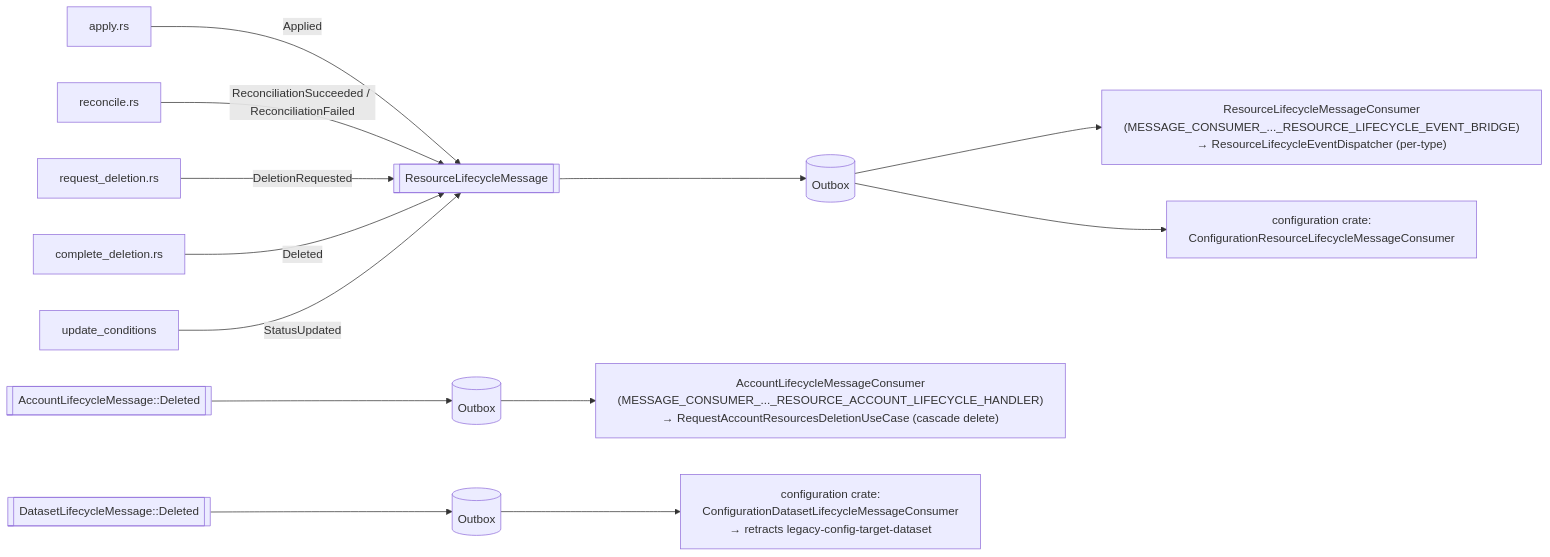
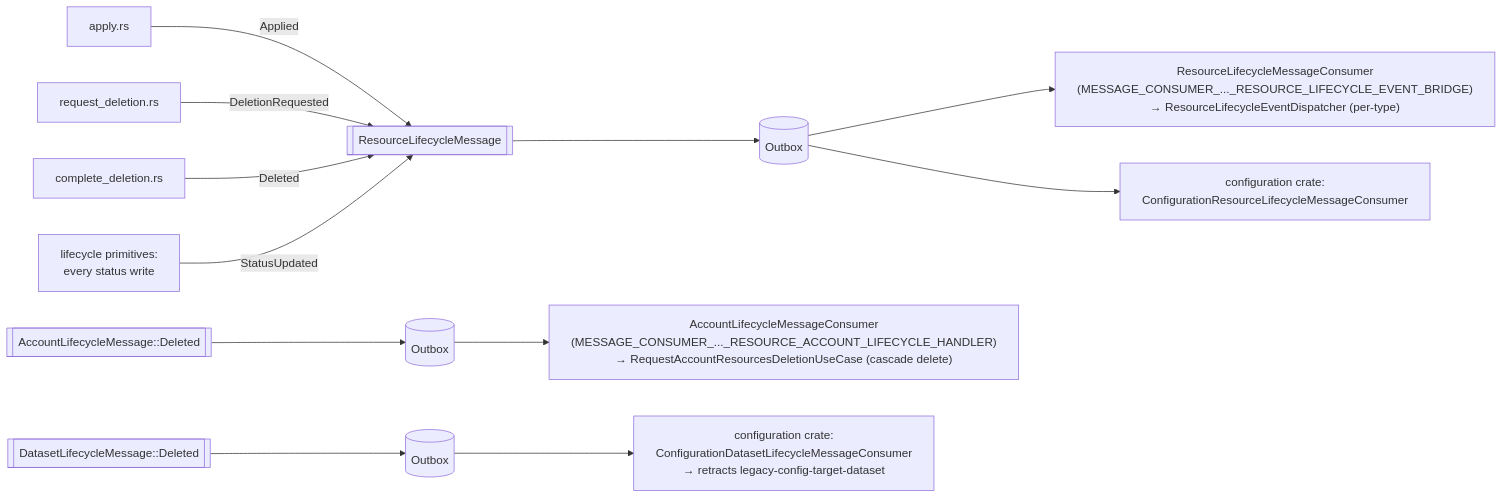
Before and after one commit to kamu-data/kamu-cli: the fifth of 6 diagrams in docs/internal/resources-framework.md, drawn with Mermaid. The commit also changed other lines of this file and 17 other files, not shown here.

Commit message:
Reconciliation outcomes as StatusUpdated messages

````diff
--- a/docs/internal/resources-framework.md
+++ b/docs/internal/resources-framework.md
@@ -1498,19 +1502,18 @@
 ```mermaid
 flowchart LR
     APPLY["apply.rs"] -->|Applied| MSG[["ResourceLifecycleMessage"]]
-    REC["reconcile.rs"] -->|ReconciliationSucceeded / ReconciliationFailed| MSG
     DEL["request_deletion.rs"] -->|DeletionRequested| MSG
     COMP["complete_deletion.rs"] -->|Deleted| MSG
-    PATCH["update_conditions"] -->|StatusUpdated| MSG
+    PRIM["lifecycle primitives:<br/>every status write"] -->|StatusUpdated| MSG
 
     MSG --> OB[("Outbox")]
 
     OB --> BRIDGE["ResourceLifecycleMessageConsumer<br/>(MESSAGE_CONSUMER_..._RESOURCE_LIFECYCLE_EVENT_BRIDGE)<br/>→ ResourceLifecycleEventDispatcher (per-type)"]
     OB --> CFG["configuration crate:<br/>ConfigurationResourceLifecycleMessageConsumer"]
 
     ACC[["AccountLifecycleMessage::Deleted"]] --> OB2[("Outbox")]
     OB2 --> ACCH["AccountLifecycleMessageConsumer<br/>(MESSAGE_CONSUMER_..._RESOURCE_ACCOUNT_LIFECYCLE_HANDLER)<br/>→ RequestAccountResourcesDeletionUseCase (cascade delete)"]
 
     DS[["DatasetLifecycleMessage::Deleted"]] --> OB3[("Outbox")]
     OB3 --> DSH["configuration crate:<br/>ConfigurationDatasetLifecycleMessageConsumer<br/>→ retracts legacy-config-target-dataset"]
 ```
````
